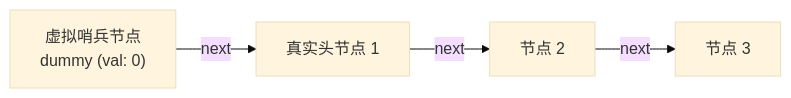
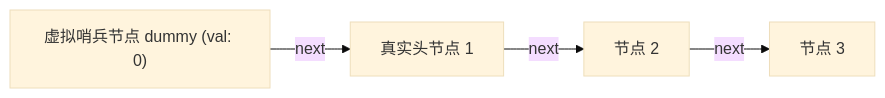
The second of 2 diagrams in 30-算法与数据结构/01-数据结构/02-链表.md (GuoWWWX/knowledge-base), drawn with Mermaid (base theme) before and after one commit. The commit also changed other lines of this file and 251 other files, not shown here.

````diff
--- a/30-算法与数据结构/01-数据结构/02-链表.md
+++ b/30-算法与数据结构/01-数据结构/02-链表.md
@@ -62,6 +62,6 @@
 ```mermaid
 flowchart LR
-    Dummy["虚拟哨兵节点<br/>dummy (val: 0)"] -->|"next"| Head["真实头节点 1"]
+    Dummy["虚拟哨兵节点 dummy (val: 0)"] -->|"next"| Head["真实头节点 1"]
     Head -->|"next"| N2["节点 2"]
     N2 -->|"next"| N3["节点 3"]
 ```
````
